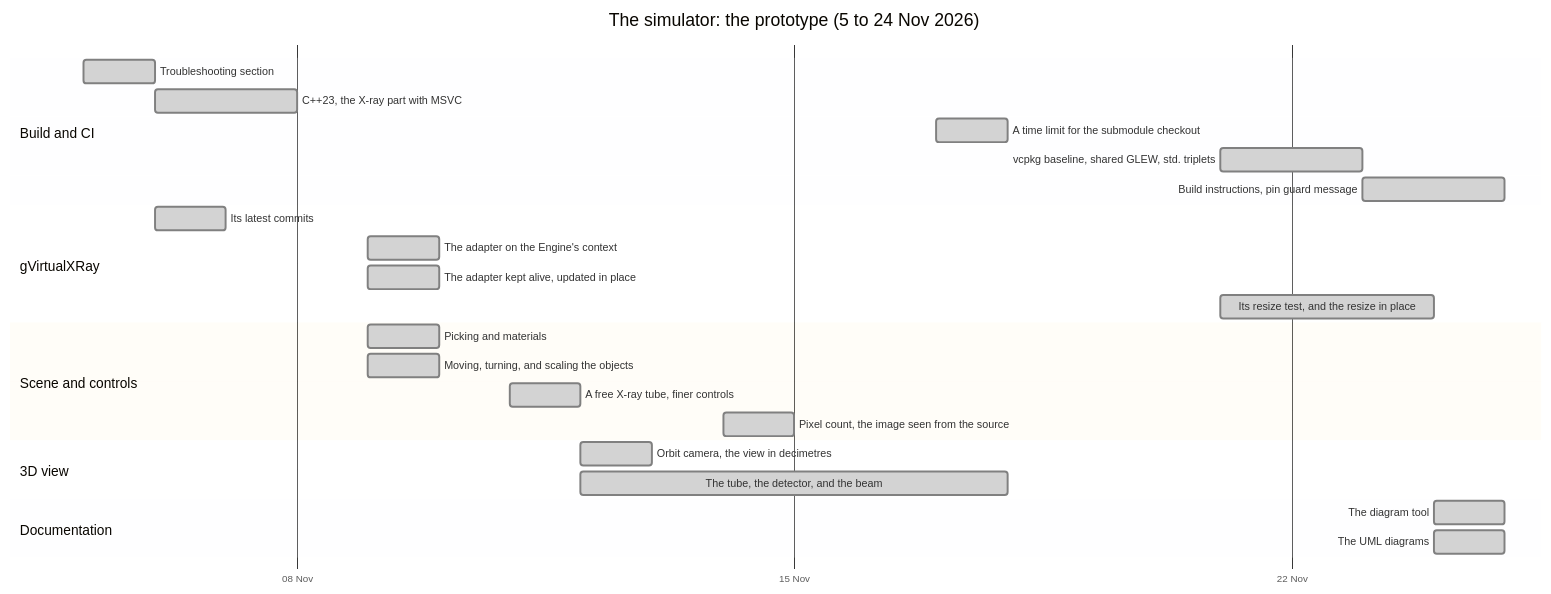
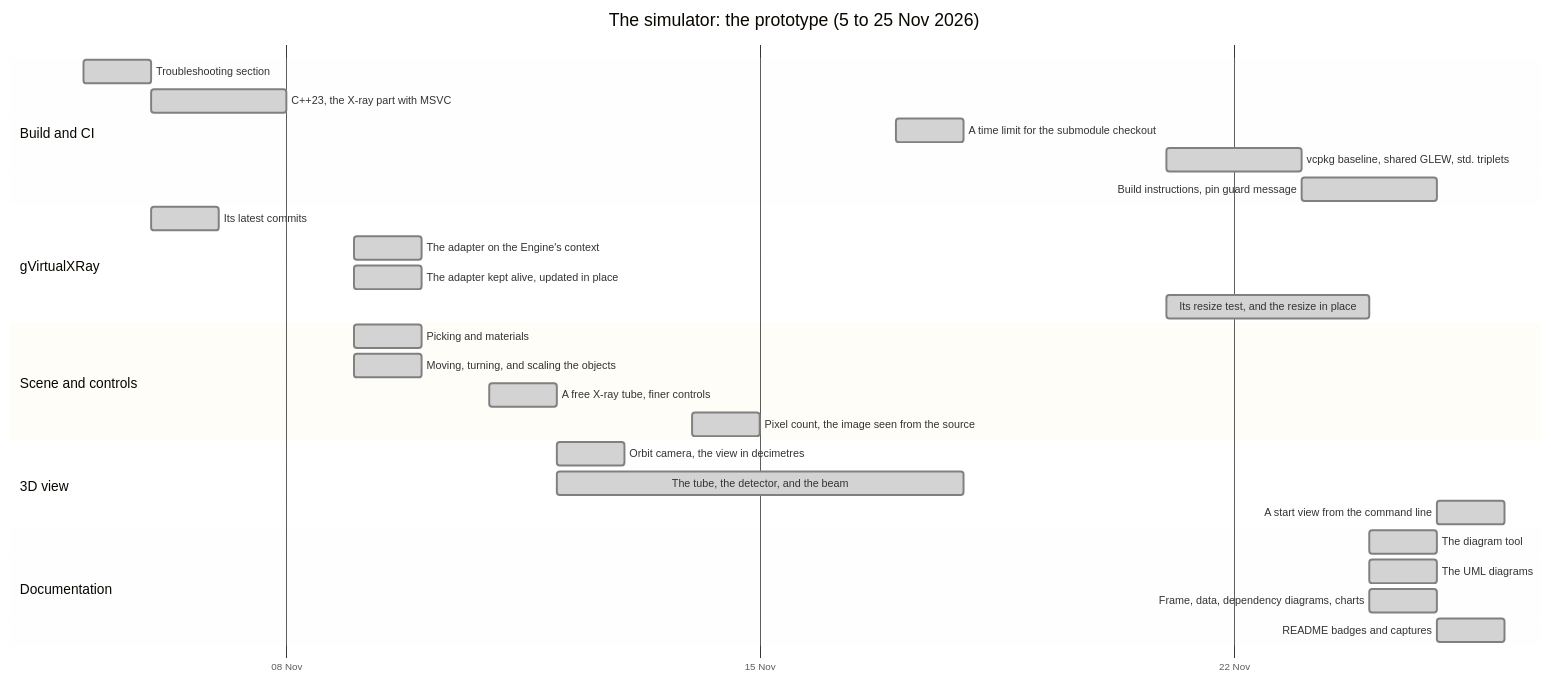
The diagram in docs/diagrams/chronology/simulator_gantt_prototype.mmd (emartg/xray-sim), drawn with Mermaid before and after one commit. The commit also changed 19 other files, not shown here.

First line of the commit message:
Show the Whole X-ray Setup in the README and Update the Documents and Diagrams

```diff
--- a/docs/diagrams/chronology/simulator_gantt_prototype.mmd
+++ b/docs/diagrams/chronology/simulator_gantt_prototype.mmd
@@ -1,49 +1,52 @@
 ---
 config:
   fontFamily: "Segoe UI, Arial, sans-serif"
   theme: base
   themeVariables:
     fontSize: 14px
   gantt:
     useWidth: 1600
     barHeight: 24
     barGap: 6
     topPadding: 60
     sectionFontSize: 14
 ---
-%% The prototype of the simulator, from 2026-11-05 (the first merge after the gap that ends the foundations) to the merge of its UML
-%% diagrams. Each bar is a group of related merges of the main branch (git log --first-parent), from the first to the last day of the
-%% group, named by the work done. Kept by hand: the other diagrams and the release v0.1.0 get their bars when they are merged.
+%% The prototype of the simulator, from 2026-11-05 (the first merge after the gap that ends the foundations) to the merge of the command
+%% line option that sets the start view. Each bar is a group of related merges of the main branch (git log --first-parent), from the first to the last day of the
+%% group, named by the work done. Kept by hand: the release v0.1.0 gets its bar when it is merged.
 gantt
-    title The simulator: the prototype (5 to 24 Nov 2026)
+    title The simulator: the prototype (5 to 25 Nov 2026)
     dateFormat YYYY-MM-DD
     axisFormat %d %b
     tickInterval 1week
     todayMarker off
 
     section Build and CI
     Troubleshooting section                      :done, 2026-11-05, 2026-11-06
     C++23, the X-ray part with MSVC              :done, 2026-11-06, 2026-11-08
     A time limit for the submodule checkout      :done, 2026-11-17, 2026-11-18
     vcpkg baseline, shared GLEW, std. triplets   :done, 2026-11-21, 2026-11-23
     Build instructions, pin guard message        :done, 2026-11-23, 2026-11-25
 
     section gVirtualXRay
     Its latest commits                           :done, 2026-11-06, 2026-11-07
     The adapter on the Engine's context          :done, 2026-11-09, 2026-11-10
     The adapter kept alive, updated in place     :done, 2026-11-09, 2026-11-10
     Its resize test, and the resize in place     :done, 2026-11-21, 2026-11-24
 
     section Scene and controls
     Picking and materials                        :done, 2026-11-09, 2026-11-10
     Moving, turning, and scaling the objects     :done, 2026-11-09, 2026-11-10
     A free X-ray tube, finer controls            :done, 2026-11-11, 2026-11-12
     Pixel count, the image seen from the source  :done, 2026-11-14, 2026-11-15
 
     section 3D view
     Orbit camera, the view in decimetres         :done, 2026-11-12, 2026-11-13
     The tube, the detector, and the beam         :done, 2026-11-12, 2026-11-18
+    A start view from the command line           :done, 2026-11-25, 2026-11-26
 
     section Documentation
     The diagram tool                             :done, 2026-11-24, 2026-11-25
     The UML diagrams                             :done, 2026-11-24, 2026-11-25
+    Frame, data, dependency diagrams, charts     :done, 2026-11-24, 2026-11-25
+    README badges and captures                   :done, 2026-11-25, 2026-11-26
```
